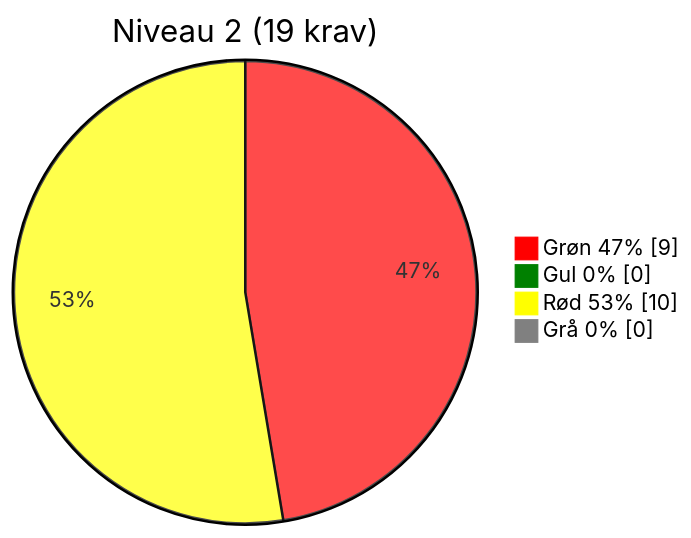
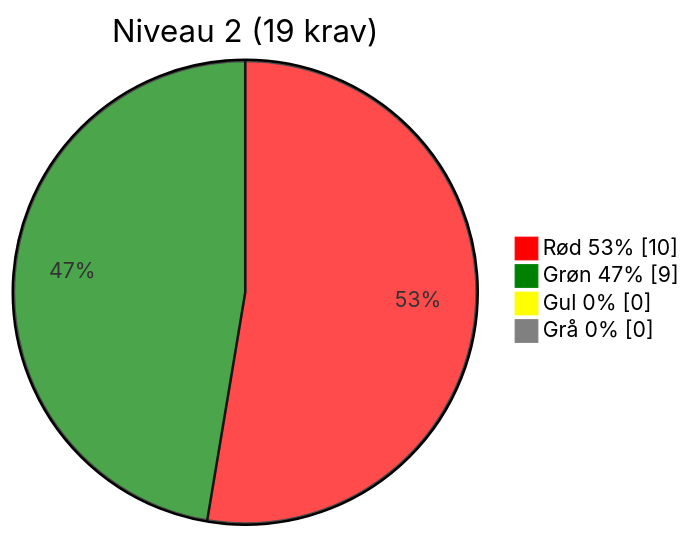
One commit to OS2offdig/os2-product-reviews changed the third of 5 diagrams in docs/rapporter/evalueringsrapporter/os2-test_assessment.md. Above: the diagram before and after it, drawn with Mermaid. The commit also changed other lines of this file, not shown here.

````diff
--- a/docs/rapporter/evalueringsrapporter/os2-test_assessment.md
+++ b/docs/rapporter/evalueringsrapporter/os2-test_assessment.md
@@ -132,11 +132,11 @@
 ```mermaid
 %%{init: {"themeVariables": {
- "pie1": "#FF0000", "pie2": "#008000", "pie3": "#FFFF00", "pie4": "#808080"
+	"pie1": "#FF0000", 	"pie2": "#008000", 	"pie3": "#FFFF00", 	"pie4": "#808080"
 }}}%%
 pie showData
- title Niveau 2 (19 krav)
- "Grøn 47%" : 9
- "Gul 0%" : 0
- "Rød 53%" : 10
- "Grå 0%" : 0
+	title Niveau 2 (19 krav)
+	"Rød 53%" : 10
+	"Grøn 47%" : 9
+	"Gul 0%" : 0
+	"Grå 0%" : 0
 ```
````
